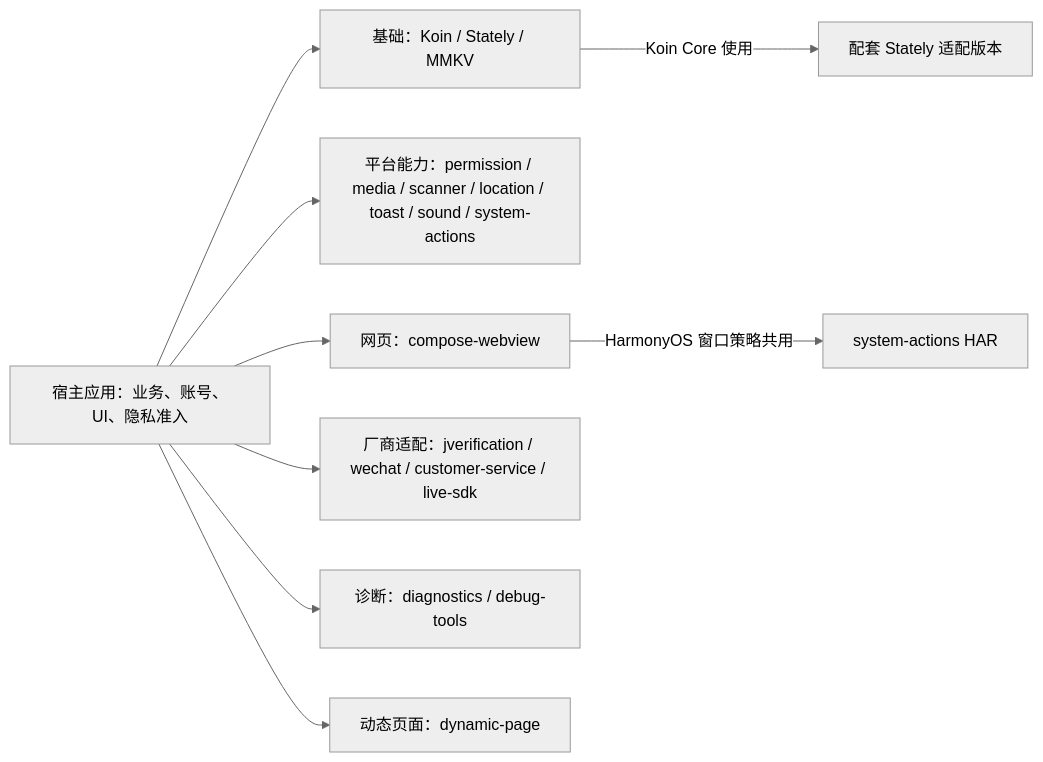
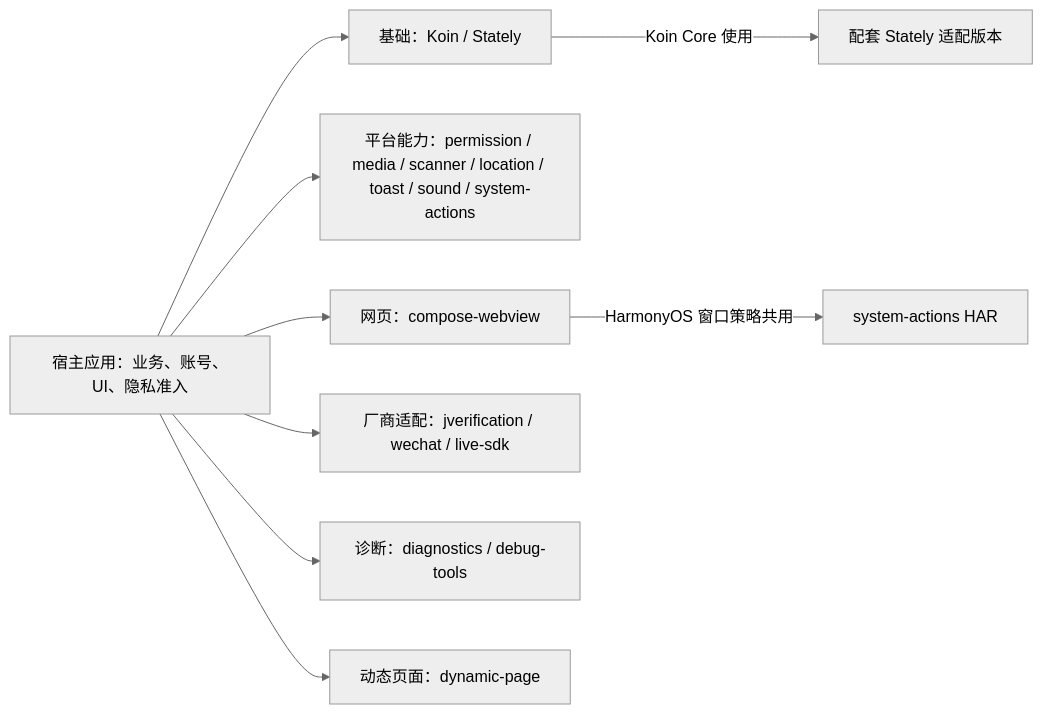
The first of 2 diagrams in profile/README.md (gycrosskit/.github), drawn with Mermaid (neutral theme) before and after one commit. The commit also changed other lines of this file and 8 other files, not shown here.

````diff
--- a/profile/README.md
+++ b/profile/README.md
@@ -17,11 +17,11 @@
 ```mermaid
 flowchart LR
-    App["宿主应用：业务、账号、UI、隐私准入"] --> Foundation["基础：Koin / Stately / MMKV"]
+    App["宿主应用：业务、账号、UI、隐私准入"] --> Foundation["基础：Koin / Stately"]
     App --> Platform["平台能力：permission / media / scanner / location / toast / sound / system-actions"]
     App --> Web["网页：compose-webview"]
-    App --> Vendor["厂商适配：jverification / wechat / customer-service / live-sdk"]
+    App --> Vendor["厂商适配：jverification / wechat / live-sdk"]
     App --> Diagnostics["诊断：diagnostics / debug-tools"]
     App --> Dynamic["动态页面：dynamic-page"]
     Web -->|"HarmonyOS 窗口策略共用"| Window["system-actions HAR"]
     Foundation -->|"Koin Core 使用"| Stately["配套 Stately 适配版本"]
 ```
````
